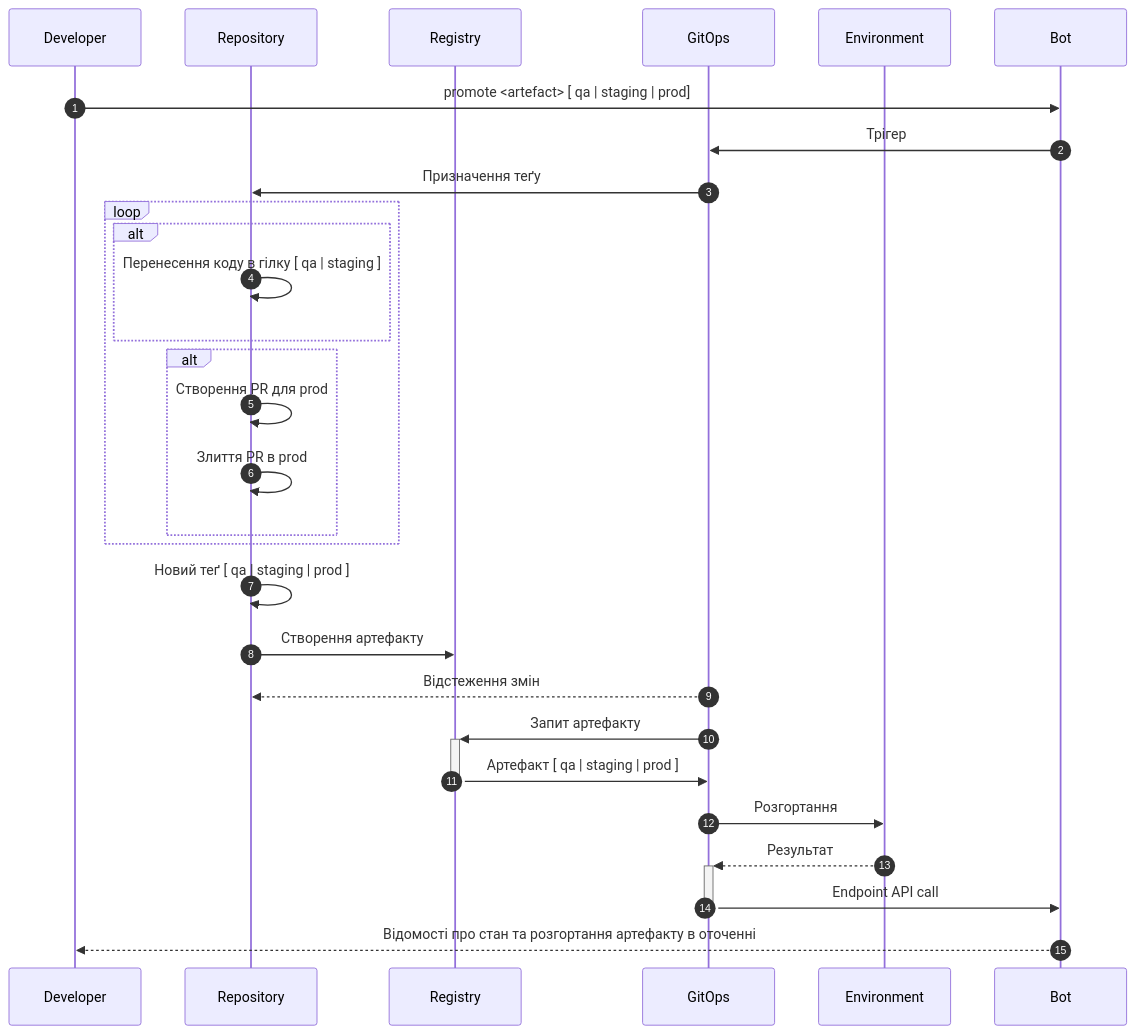
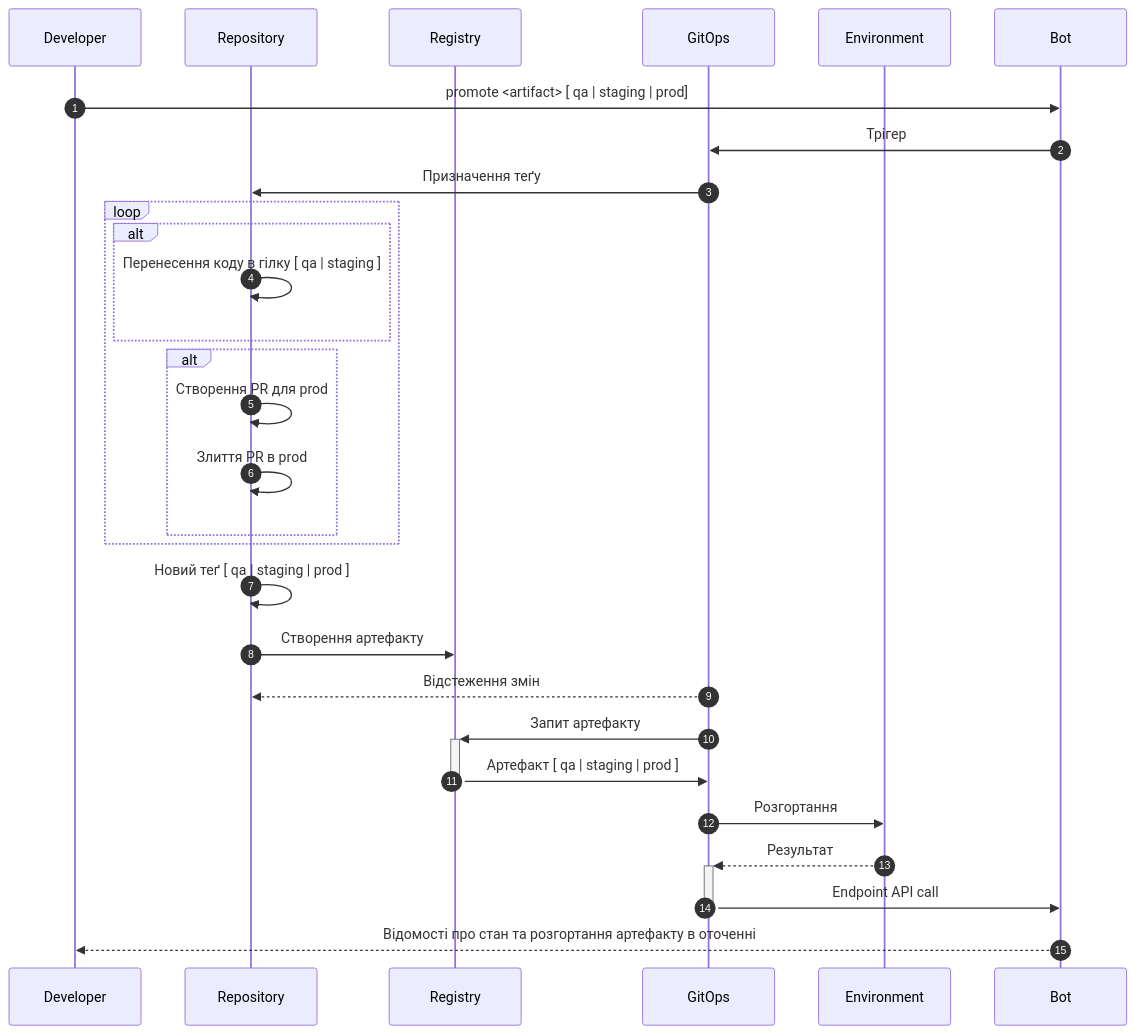
Before and after one commit to k3ilona/publisher-slack-bot: the third of 6 diagrams in docs/HLD.md, drawn with Mermaid. The commit also changed other lines of this file, not shown here.

````diff
--- a/docs/HLD.md
+++ b/docs/HLD.md
@@ -113,32 +113,32 @@
 ```mermaid
 sequenceDiagram
 autonumber
     participant D as Developer
     participant R as Repository
     participant RA as Registry
     participant G as GitOps
     participant E as Environment
     participant B as Bot
 
-    D ->> B: promote <artefact> [ qa | staging | prod]
+    D ->> B: promote <artifact> [ qa | staging | prod]
     B ->> G: Трігер
     G ->> R: Призначення теґу
     loop
         alt
             R ->> R: Перенесення коду в гілку [ qa | staging ]
         end
         alt
             R ->> R: Створення PR для prod
             R ->> R: Злиття PR в prod
         end
     end 
     R ->> R: Новий теґ [ qa | staging | prod ]
     R ->> RA: Створення артефакту
     G -->> R: Відстеження змін
     G ->>+ RA: Запит артефакту
     RA ->>- G: Артефакт [ qa | staging | prod ]
     G ->> E: Розгортання
     E -->>+ G: Результат
     G ->>- B: Endpoint API call
     B -->> D: Відомості про стан та розгортання артефакту в оточенні        
 ```
````
